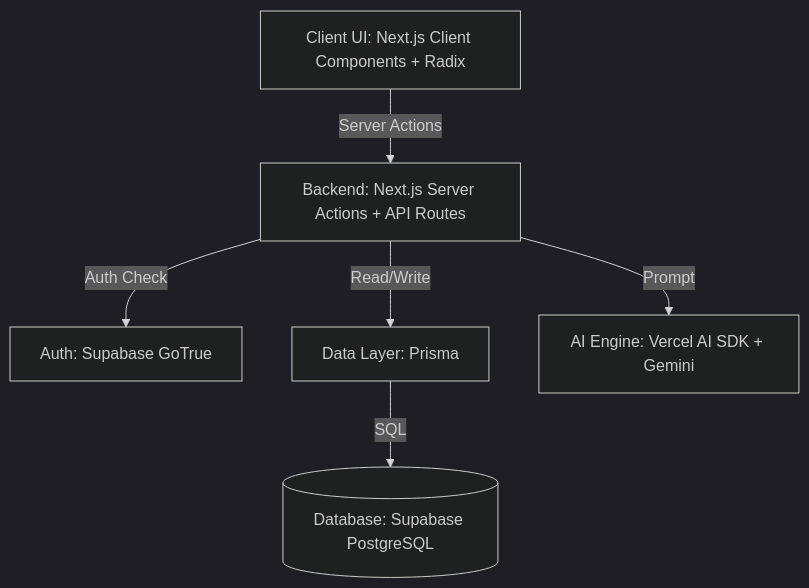
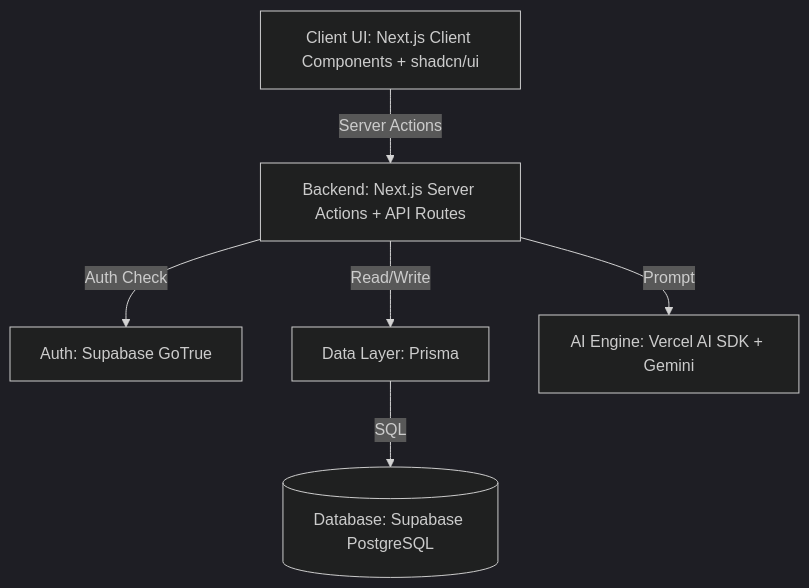
Before and after one commit to KumarNayan11/fifa-coos: the diagram in docs/planning/TECHNOLOGY_DECISIONS.md, drawn with Mermaid (dark theme). The commit also changed other lines of this file and 1 other file, not shown here.

````diff
--- a/docs/planning/TECHNOLOGY_DECISIONS.md
+++ b/docs/planning/TECHNOLOGY_DECISIONS.md
@@ -262,15 +290,15 @@
 ```mermaid
 graph TD
-    Client[Client UI: Next.js Client Components + Radix]
+    Client[Client UI: Next.js Client Components + shadcn/ui]
     API[Backend: Next.js Server Actions + API Routes]
     Auth[Auth: Supabase GoTrue]
     DB[(Database: Supabase PostgreSQL)]
     ORM[Data Layer: Prisma]
     AI[AI Engine: Vercel AI SDK + Gemini]
     
     Client -- Server Actions --> API
     API -- Auth Check --> Auth
     API -- Read/Write --> ORM
     ORM -- SQL --> DB
     API -- Prompt --> AI
 ```
````
